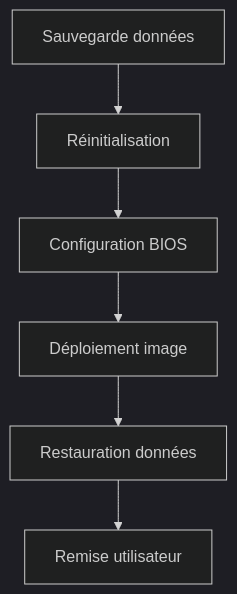
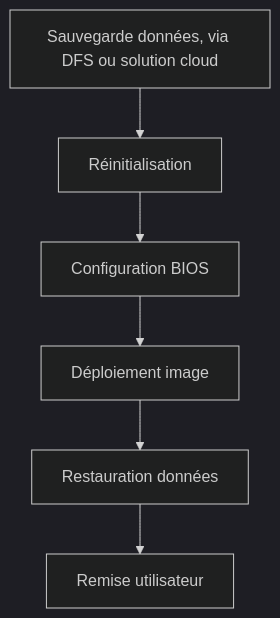
Before and after one commit to ilovepear/BTS.jb: the third of 4 diagrams in windows-mdt-deployment-guide.md, drawn with Mermaid (dark theme). The commit also changed other lines of this file, not shown here.

````diff
--- a/windows-mdt-deployment-guide.md
+++ b/windows-mdt-deployment-guide.md
@@ -303,8 +303,8 @@
 ```mermaid
 flowchart TD
-    A[Sauvegarde données] --> B[Réinitialisation]
+    A[Sauvegarde données, via DFS ou solution cloud] --> B[Réinitialisation]
     B --> C[Configuration BIOS]
     C --> D[Déploiement image]
     D --> E[Restauration données]
     E --> F[Remise utilisateur]
 ```
````
